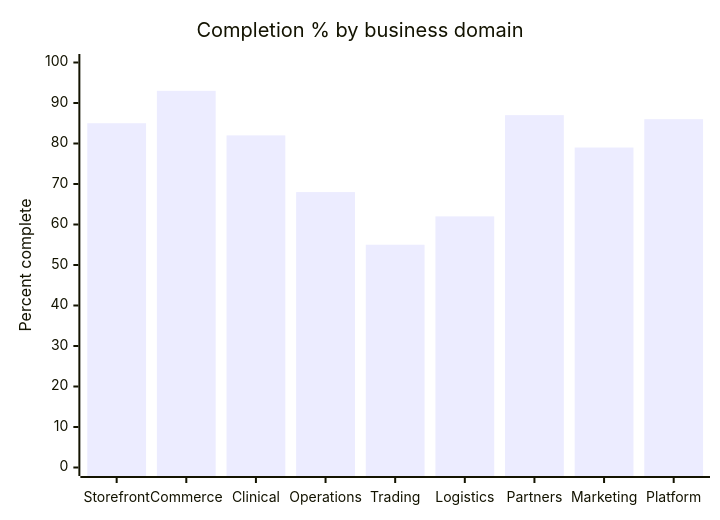
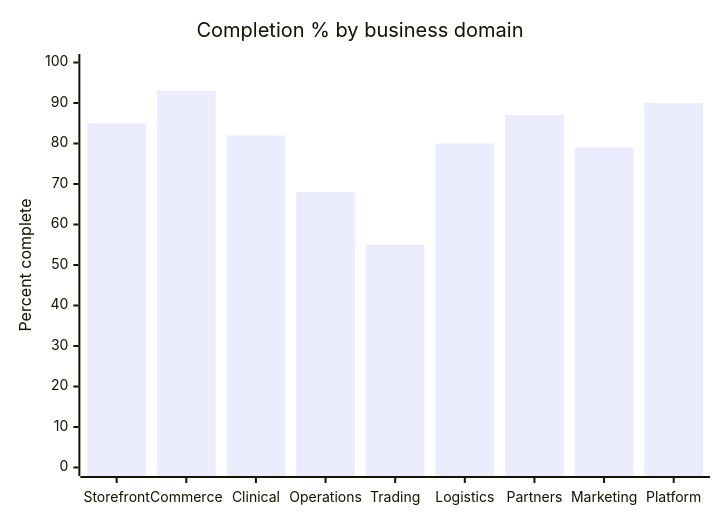
The second of 6 diagrams in docs/PROGRESSIVE_REVIEW_REPORT.md (arjan001/HOSPITAL), drawn with Mermaid before and after one commit. The commit also changed other lines of this file and 5 other files, not shown here.

````diff
--- a/docs/PROGRESSIVE_REVIEW_REPORT.md
+++ b/docs/PROGRESSIVE_REVIEW_REPORT.md
@@ -41,7 +41,7 @@
 ```mermaid
 xychart-beta
     title "Completion % by business domain"
     x-axis ["Storefront", "Commerce", "Clinical", "Operations", "Trading", "Logistics", "Partners", "Marketing", "Platform"]
     y-axis "Percent complete" 0 --> 100
-    bar [85, 93, 82, 68, 55, 62, 87, 79, 86]
+    bar [85, 93, 82, 68, 55, 80, 87, 79, 90]
 ```
````
